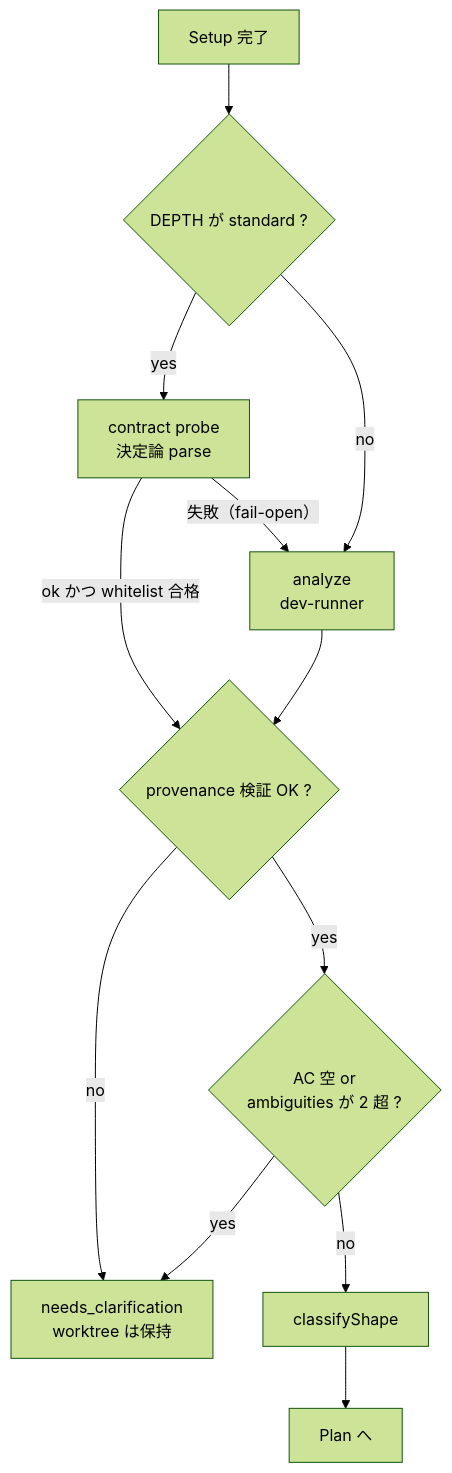
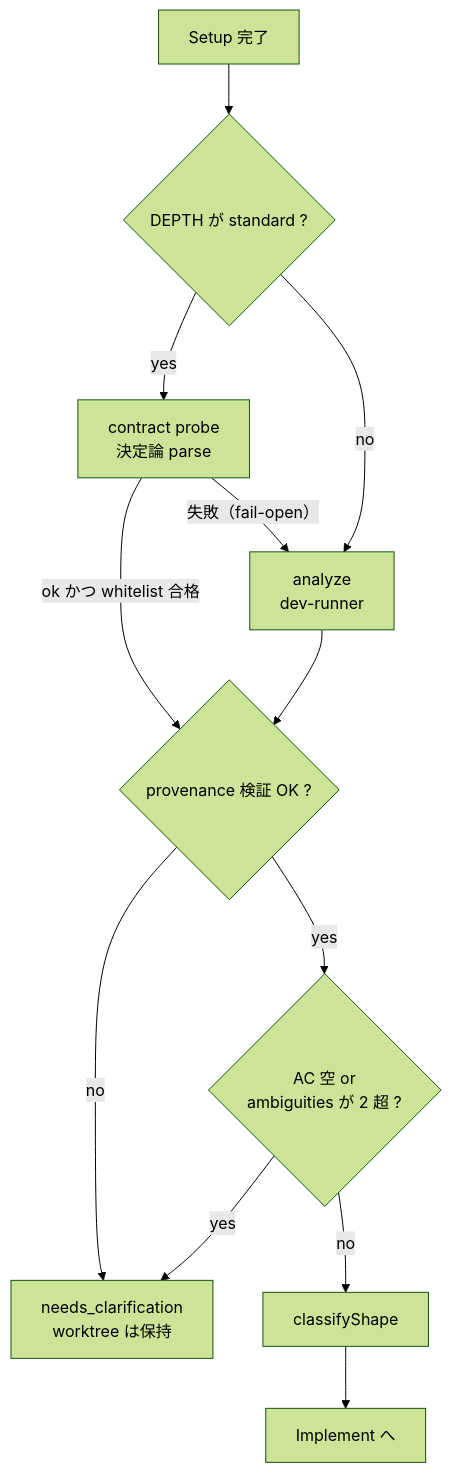
One commit to it-all-playpark/skills changed the third of 13 diagrams in docs/dev-flow-atlas.md. Above: the diagram before and after it, drawn with Mermaid (forest theme). The commit also changed other lines of this file and 38 other files, not shown here.

First line of the commit message:
refactor(dev-flow): 空殻化した Plan phase（phase マーカー・plan_iter/plan_verdict telemetry・doctor の cap 判定・関連 test/docs）を削除する (#678) (#687)

````diff
--- a/docs/dev-flow-atlas.md
+++ b/docs/dev-flow-atlas.md
@@ -92,14 +91,14 @@
 ```mermaid
 flowchart TD
     IN["Setup 完了"] --> A0{"DEPTH が standard ?"}
     A0 -->|yes| A1["contract probe<br/>決定論 parse"]
     A0 -->|no| A2["analyze<br/>dev-runner"]
     A1 -->|"ok かつ whitelist 合格"| A3
     A1 -->|"失敗（fail-open）"| A2
     A2 --> A3{"provenance 検証 OK ?"}
     A3 -->|no| NC["needs_clarification<br/>worktree は保持"]
     A3 -->|yes| A4{"AC 空 or<br/>ambiguities が 2 超 ?"}
     A4 -->|yes| NC
     A4 -->|no| A5["classifyShape"]
-    A5 --> OUT["Plan へ"]
+    A5 --> OUT["Implement へ"]
 ```
````
